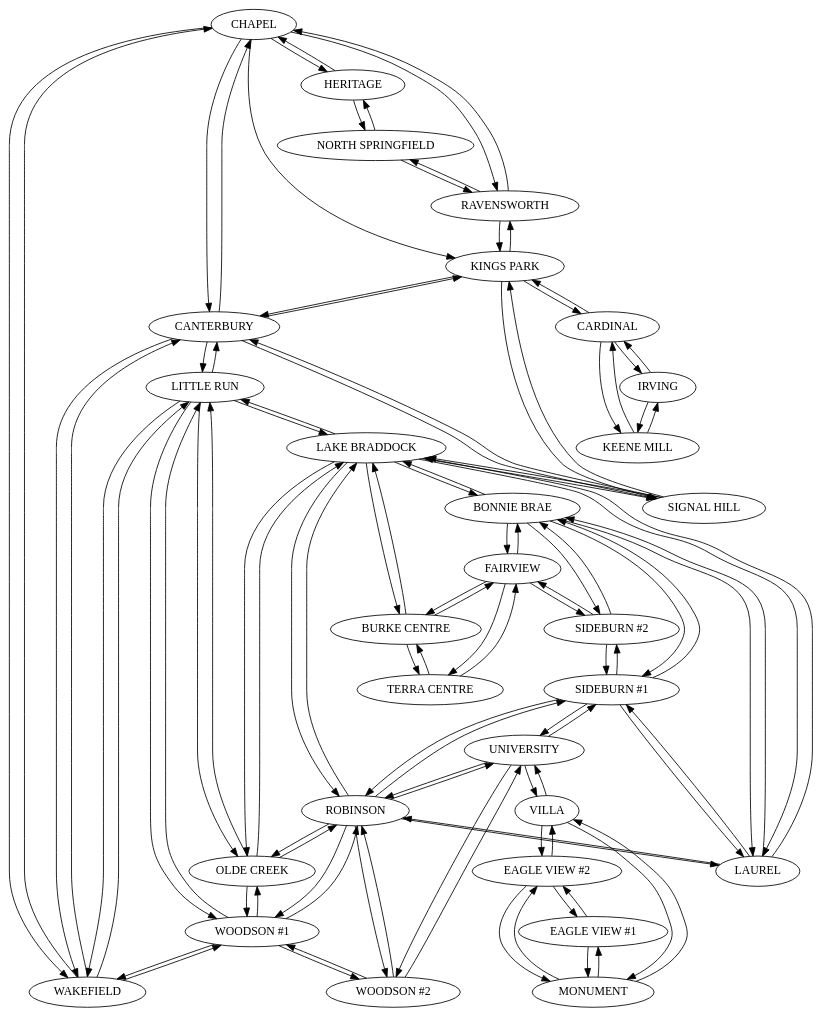
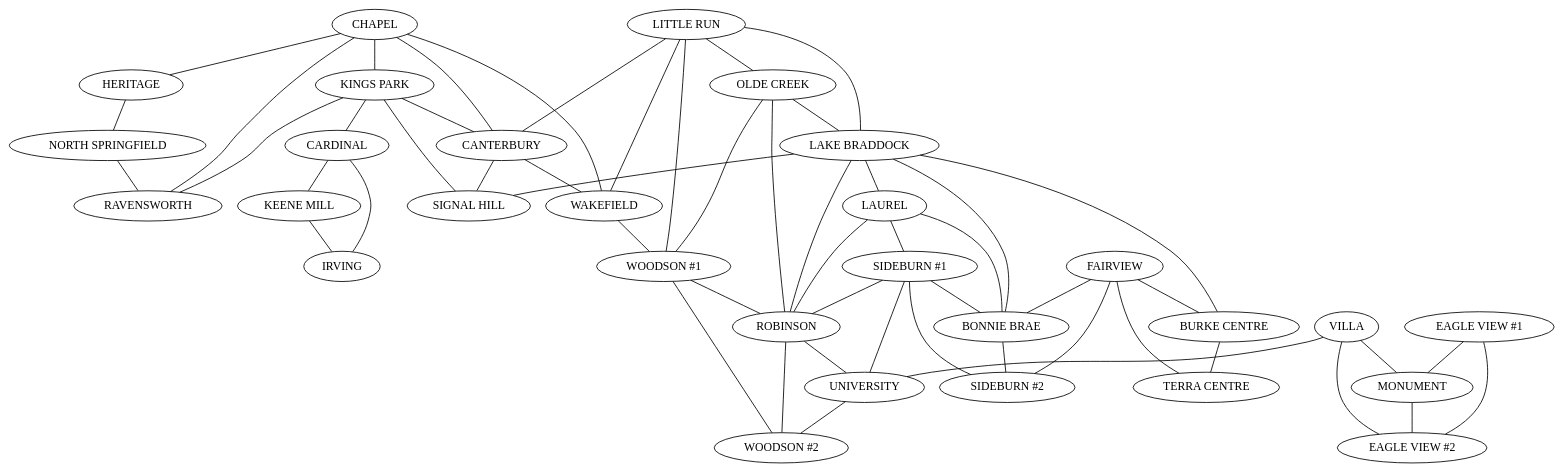
Before and after one commit to osistlk/Documents: the diagram in data/precinct_graph.dot, drawn with Graphviz. The commit also changed 2 other files, not shown here.

Commit message:
Refactor precinct graph representation from directed to undirected and update graph generation logic

```diff
--- a/data/precinct_graph.dot
+++ b/data/precinct_graph.dot
@@ -1,140 +1,87 @@
-digraph precinct_graph {
+graph precinct_graph {
     node [shape = ellipse;];
     edge [color = black;];
     104 [label = "CHAPEL";];
-    104 -> 106;
-    104 -> 108;
-    104 -> 113;
-    104 -> 115;
-    104 -> 116;
+    104 -- 106;
+    104 -- 108;
+    104 -- 113;
+    104 -- 115;
+    104 -- 116;
     105 [label = "FAIRVIEW";];
-    105 -> 126;
-    105 -> 127;
-    105 -> 130;
-    105 -> 137;
+    105 -- 126;
+    105 -- 127;
+    105 -- 130;
+    105 -- 137;
     106 [label = "HERITAGE";];
-    106 -> 104;
-    106 -> 110;
+    106 -- 110;
     108 [label = "KINGS PARK";];
-    108 -> 113;
-    108 -> 115;
-    108 -> 125;
-    108 -> 128;
+    108 -- 113;
+    108 -- 115;
+    108 -- 125;
+    108 -- 128;
     109 [label = "LITTLE RUN";];
-    109 -> 113;
-    109 -> 114;
-    109 -> 116;
-    109 -> 117;
-    109 -> 118;
+    109 -- 113;
+    109 -- 114;
+    109 -- 116;
+    109 -- 117;
+    109 -- 118;
     110 [label = "NORTH SPRINGFIELD";];
-    110 -> 106;
-    110 -> 115;
+    110 -- 115;
     113 [label = "CANTERBURY";];
-    113 -> 104;
-    113 -> 108;
-    113 -> 109;
-    113 -> 116;
-    113 -> 125;
+    113 -- 116;
+    113 -- 125;
     114 [label = "OLDE CREEK";];
-    114 -> 109;
-    114 -> 117;
-    114 -> 118;
-    114 -> 123;
+    114 -- 117;
+    114 -- 118;
+    114 -- 123;
     115 [label = "RAVENSWORTH";];
-    115 -> 104;
-    115 -> 108;
-    115 -> 110;
     116 [label = "WAKEFIELD";];
-    116 -> 104;
-    116 -> 109;
-    116 -> 113;
-    116 -> 117;
+    116 -- 117;
     117 [label = "WOODSON #1";];
-    117 -> 109;
-    117 -> 114;
-    117 -> 116;
-    117 -> 123;
-    117 -> 136;
+    117 -- 123;
+    117 -- 136;
     118 [label = "LAKE BRADDOCK";];
-    118 -> 109;
-    118 -> 114;
-    118 -> 119;
-    118 -> 123;
-    118 -> 125;
-    118 -> 126;
-    118 -> 127;
+    118 -- 119;
+    118 -- 123;
+    118 -- 125;
+    118 -- 126;
+    118 -- 127;
     119 [label = "LAUREL";];
-    119 -> 118;
-    119 -> 120;
-    119 -> 123;
-    119 -> 126;
+    119 -- 120;
+    119 -- 123;
+    119 -- 126;
     120 [label = "SIDEBURN #1";];
-    120 -> 119;
-    120 -> 123;
-    120 -> 126;
-    120 -> 134;
-    120 -> 137;
+    120 -- 123;
+    120 -- 126;
+    120 -- 134;
+    120 -- 137;
     121 [label = "VILLA";];
-    121 -> 132;
-    121 -> 134;
-    121 -> 138;
+    121 -- 132;
+    121 -- 134;
+    121 -- 138;
     123 [label = "ROBINSON";];
-    123 -> 114;
-    123 -> 117;
-    123 -> 118;
-    123 -> 119;
-    123 -> 120;
-    123 -> 134;
-    123 -> 136;
+    123 -- 134;
+    123 -- 136;
     125 [label = "SIGNAL HILL";];
-    125 -> 108;
-    125 -> 113;
-    125 -> 118;
     126 [label = "BONNIE BRAE";];
-    126 -> 105;
-    126 -> 118;
-    126 -> 119;
-    126 -> 120;
-    126 -> 137;
+    126 -- 137;
     127 [label = "BURKE CENTRE";];
-    127 -> 105;
-    127 -> 118;
-    127 -> 130;
+    127 -- 130;
     128 [label = "CARDINAL";];
-    128 -> 108;
-    128 -> 129;
-    128 -> 135;
+    128 -- 129;
+    128 -- 135;
     129 [label = "KEENE MILL";];
-    129 -> 128;
-    129 -> 135;
+    129 -- 135;
     130 [label = "TERRA CENTRE";];
-    130 -> 105;
-    130 -> 127;
     131 [label = "EAGLE VIEW #1";];
-    131 -> 132;
-    131 -> 138;
+    131 -- 132;
+    131 -- 138;
     132 [label = "MONUMENT";];
-    132 -> 121;
-    132 -> 131;
-    132 -> 138;
+    132 -- 138;
     134 [label = "UNIVERSITY";];
-    134 -> 120;
-    134 -> 121;
-    134 -> 123;
-    134 -> 136;
+    134 -- 136;
     135 [label = "IRVING";];
-    135 -> 128;
-    135 -> 129;
     136 [label = "WOODSON #2";];
-    136 -> 117;
-    136 -> 123;
-    136 -> 134;
     137 [label = "SIDEBURN #2";];
-    137 -> 105;
-    137 -> 120;
-    137 -> 126;
     138 [label = "EAGLE VIEW #2";];
-    138 -> 121;
-    138 -> 131;
-    138 -> 132;
 }
```
